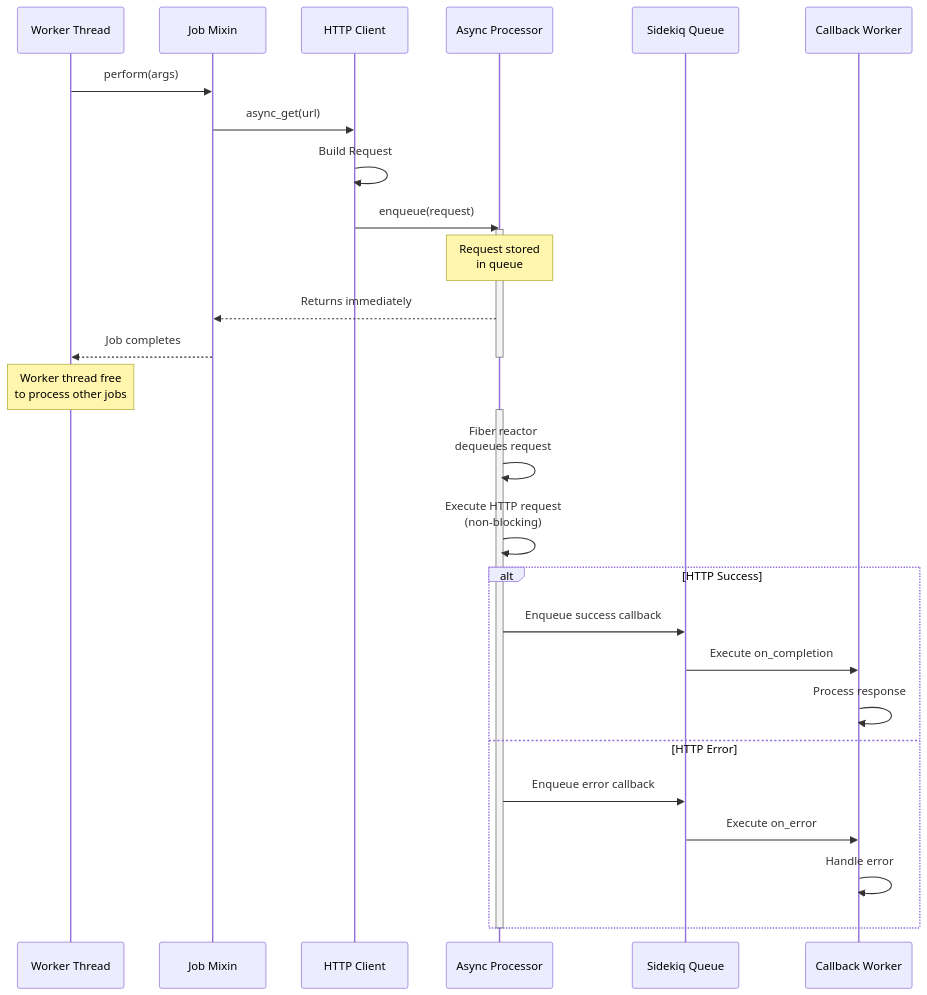
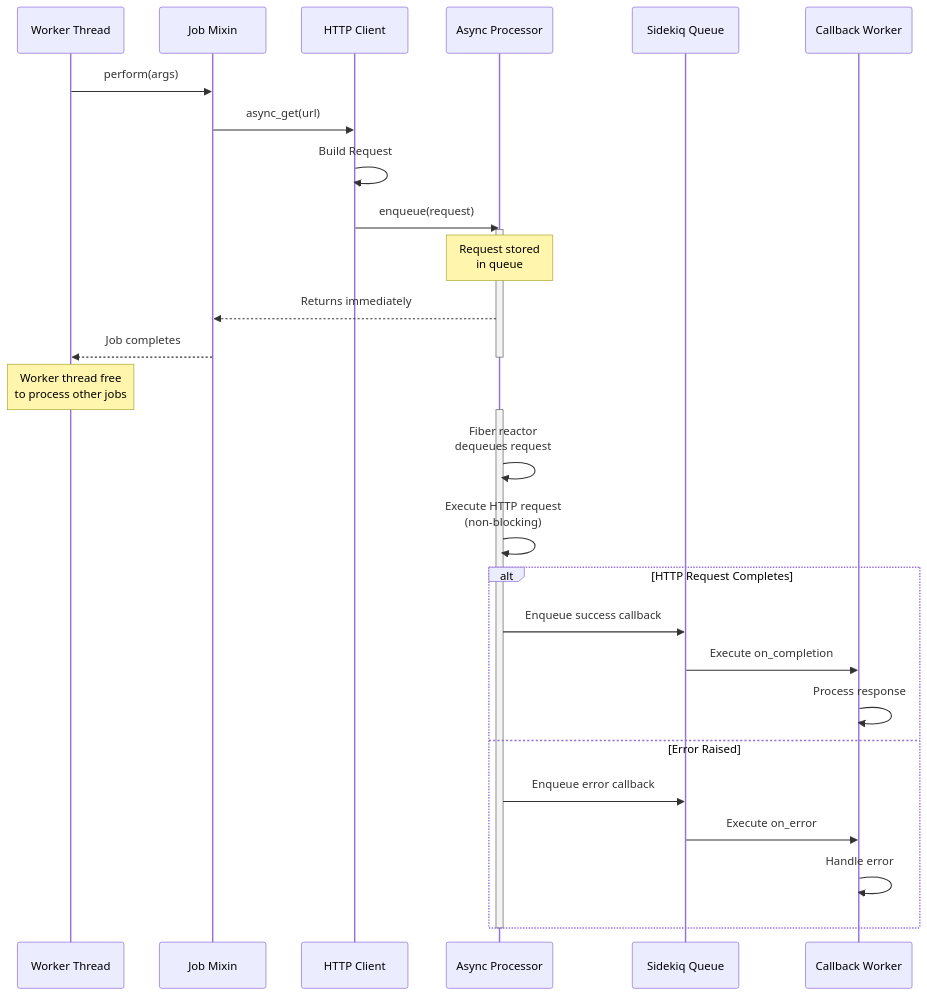
Before and after one commit to bdurand/sidekiq-async_http: the first of 2 diagrams in ARCHITECTURE.md, drawn with Mermaid. The commit also changed other lines of this file, not shown here.

````diff
--- a/ARCHITECTURE.md
+++ b/ARCHITECTURE.md
@@ -36,36 +36,36 @@
 ```mermaid
 sequenceDiagram
     participant Worker as Worker Thread
     participant Job as Job Mixin
     participant Client as HTTP Client
     participant Processor as Async Processor
     participant Sidekiq as Sidekiq Queue
     participant Callback as Callback Worker
 
     Worker->>Job: perform(args)
     Job->>Client: async_get(url)
     Client->>Client: Build Request
     Client->>Processor: enqueue(request)
     activate Processor
     Note over Processor: Request stored<br/>in queue
     Processor-->>Job: Returns immediately
     Job-->>Worker: Job completes
     deactivate Processor
 
     Note over Worker: Worker thread free<br/>to process other jobs
 
     activate Processor
     Processor->>Processor: Fiber reactor<br/>dequeues request
     Processor->>Processor: Execute HTTP request<br/>(non-blocking)
 
-    alt HTTP Success
+    alt HTTP Request Completes
         Processor->>Sidekiq: Enqueue success callback
         Sidekiq->>Callback: Execute on_completion
         Callback->>Callback: Process response
-    else HTTP Error
+    else Error Raised
         Processor->>Sidekiq: Enqueue error callback
         Sidekiq->>Callback: Execute on_error
         Callback->>Callback: Handle error
     end
     deactivate Processor
 ```
````
